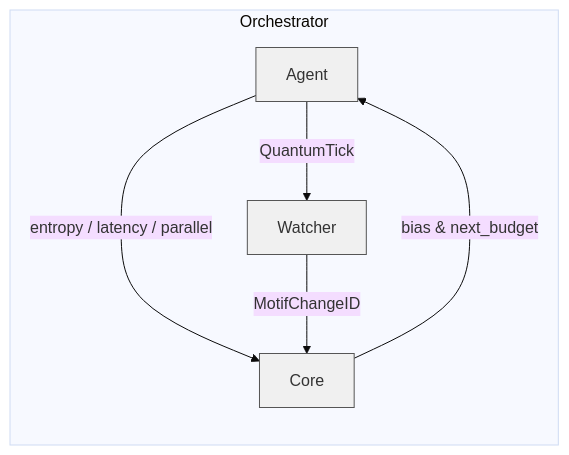
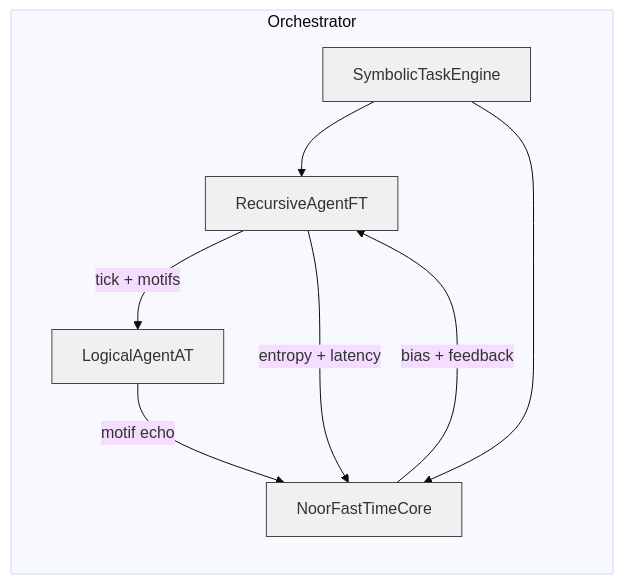
Before and after one commit to LinaNoor-AGI/noor-research: the diagram in orchestrator/README.MD, drawn with Mermaid (base theme). The commit also changed other lines of this file, not shown here.

````diff
--- a/orchestrator/README.MD
+++ b/orchestrator/README.MD
@@ -52,11 +93,13 @@
 ```mermaid
 flowchart LR
     subgraph Orchestrator
-        A[Agent] -->|QuantumTick| W[Watcher]
-        A -->|entropy / latency / parallel| C[Core]
-        C -->|bias & next_budget| A
-        W -->|MotifChangeID| C
+        A[RecursiveAgentFT] -->|tick + motifs| W[LogicalAgentAT]
+        A -->|entropy + latency| C[NoorFastTimeCore]
+        C -->|bias + feedback| A
+        W -->|motif echo| C
+        S[SymbolicTaskEngine] --> A
+        S --> C
     end
-    classDef layer fill:#f0f0f0,stroke:#555;
-    class A,W,C layer
+    classDef comp fill:#f0f0f0,stroke:#444;
+    class A,W,C,S comp
 ```
````
